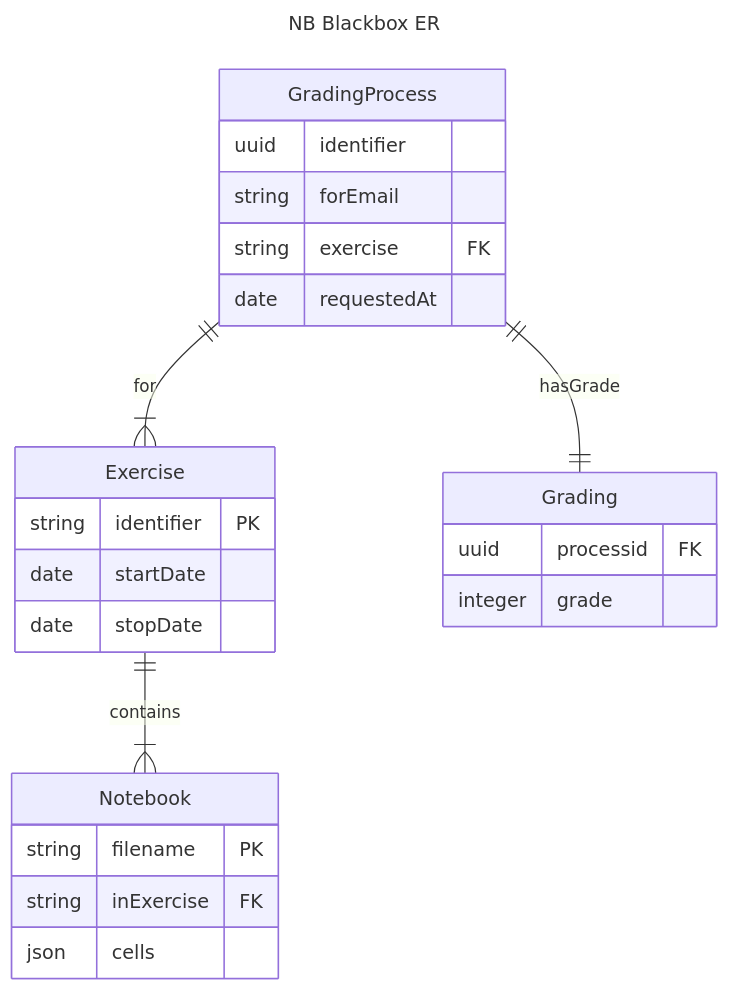
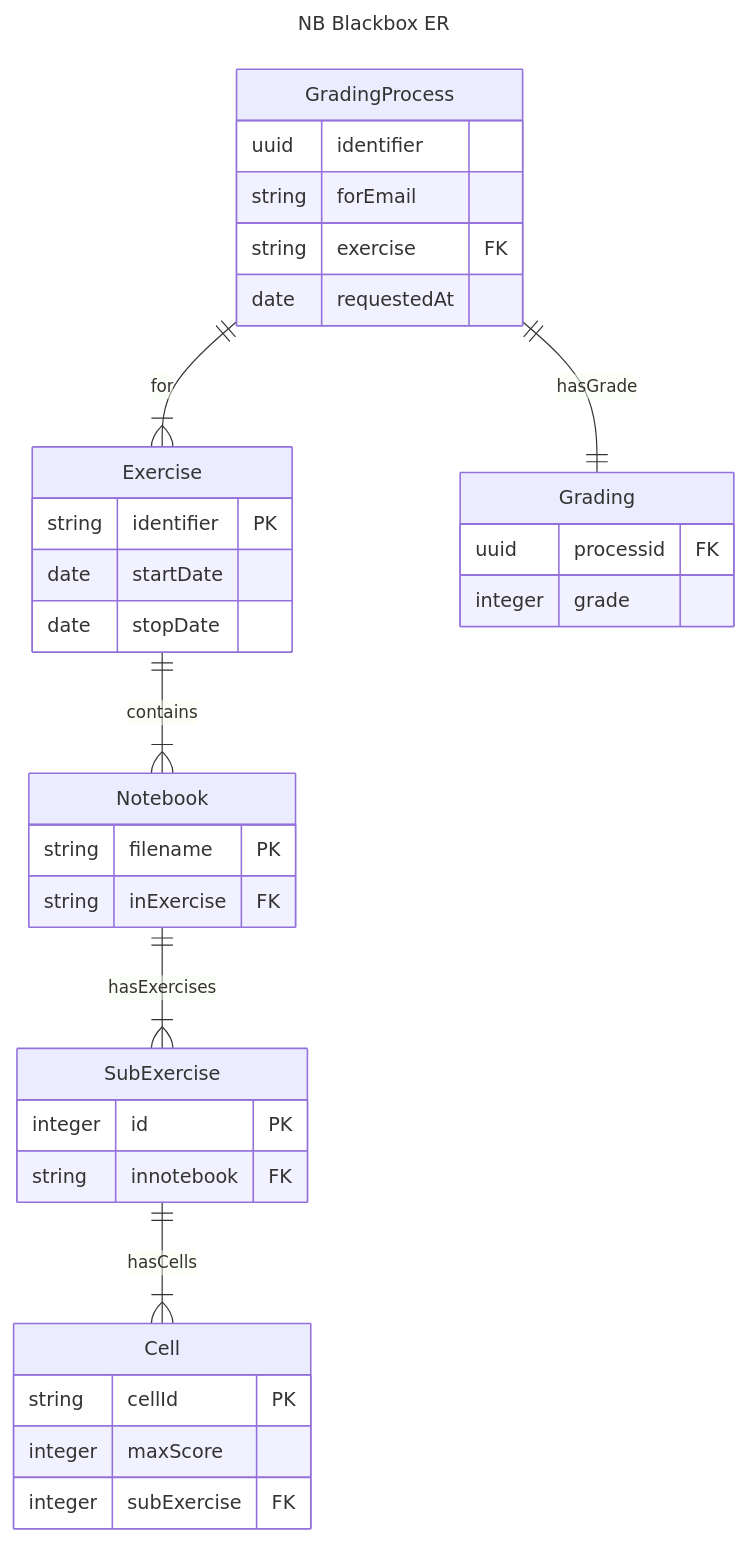
The diagram in datamodel.md (RWTH-DBIS/Ampelgrader), drawn with Mermaid before and after one commit. The commit also changed 2 other files, not shown here.

Commit message:
updated datemodel

````diff
--- a/datamodel.md
+++ b/datamodel.md
@@ -3,33 +3,46 @@
 ```mermaid
 ---
 title: NB Blackbox ER
 ---
 
 erDiagram
     Exercise {
         string identifier PK
         date startDate
         date stopDate
     }
     Notebook {
         string filename PK
         string inExercise FK
-        json cells
+    }
+    
+    SubExercise {
+        integer id PK
+        string innotebook FK
+    }
+    
+    Cell {
+        string cellId PK
+        integer maxScore
+        integer subExercise FK
     }
     
     GradingProcess {
         uuid identifier
         string forEmail
         string exercise FK
         date requestedAt
     }
     
     Grading {
         uuid processid FK
         integer grade
     }
     
     Exercise ||--|{ Notebook: contains
     GradingProcess ||--|{ Exercise: for
     GradingProcess ||--|| Grading: hasGrade
+    
+    Notebook ||--|{ SubExercise: hasExercises
+    SubExercise ||--|{ Cell: hasCells
 ```
````
